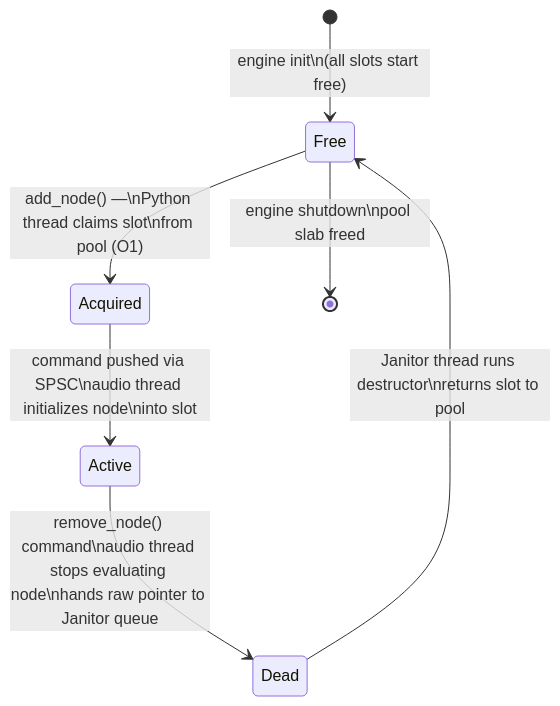
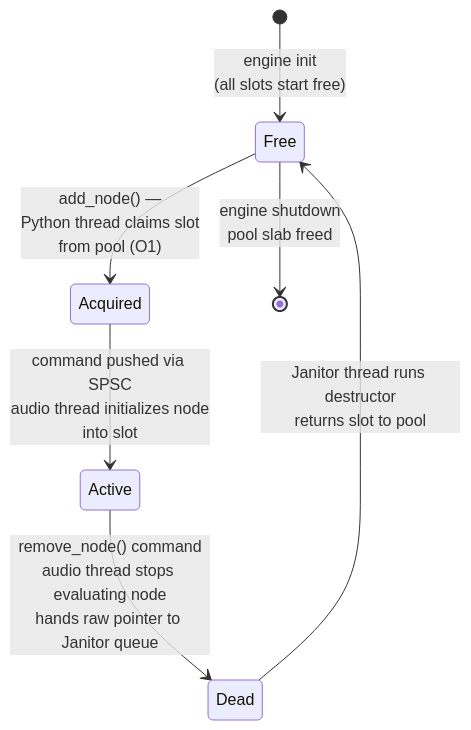
Before and after one commit to ademhoskin/mach: the third of 7 diagrams in docs/research.md, drawn with Mermaid. The commit also changed other lines of this file and 8 other files, not shown here.

Commit message:
feat(memory/pool_alloc): implement node pool allocator

````diff
--- a/docs/research.md
+++ b/docs/research.md
@@ -279,9 +279,9 @@
 ```mermaid
 stateDiagram-v2
-    [*] --> Free : engine init\n(all slots start free)
-    Free --> Acquired : add_node() —\nPython thread claims slot\nfrom pool (O1)
-    Acquired --> Active : command pushed via SPSC\naudio thread initializes node\ninto slot
-    Active --> Dead : remove_node() command\naudio thread stops evaluating node\nhands raw pointer to Janitor queue
-    Dead --> Free : Janitor thread runs destructor\nreturns slot to pool
-    Free --> [*] : engine shutdown\npool slab freed
+    [*] --> Free : engine init<br/>(all slots start free)
+    Free --> Acquired : add_node() —<br/>Python thread claims slot<br/>from pool (O1)
+    Acquired --> Active : command pushed via SPSC<br/>audio thread initializes node<br/>into slot
+    Active --> Dead : remove_node() command<br/>audio thread stops evaluating node<br/>hands raw pointer to Janitor queue
+    Dead --> Free : Janitor thread runs destructor<br/>returns slot to pool
+    Free --> [*] : engine shutdown<br/>pool slab freed
 ```
````
